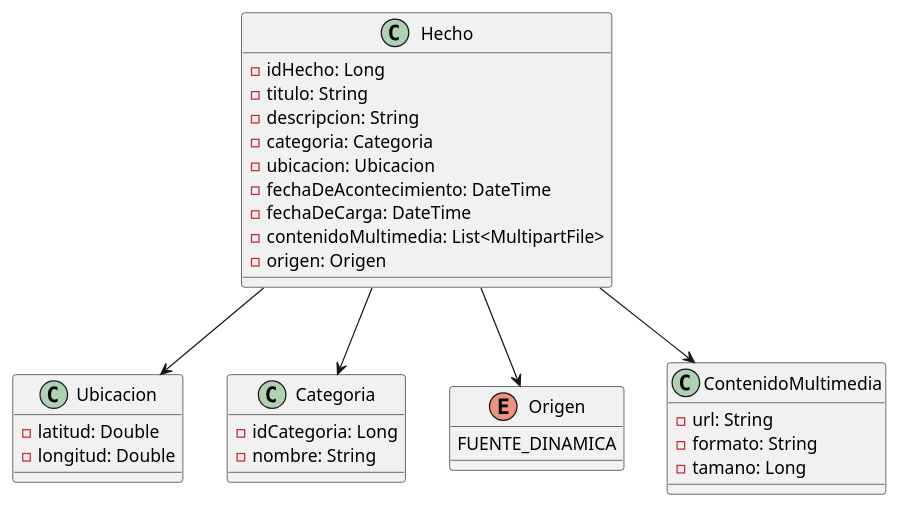
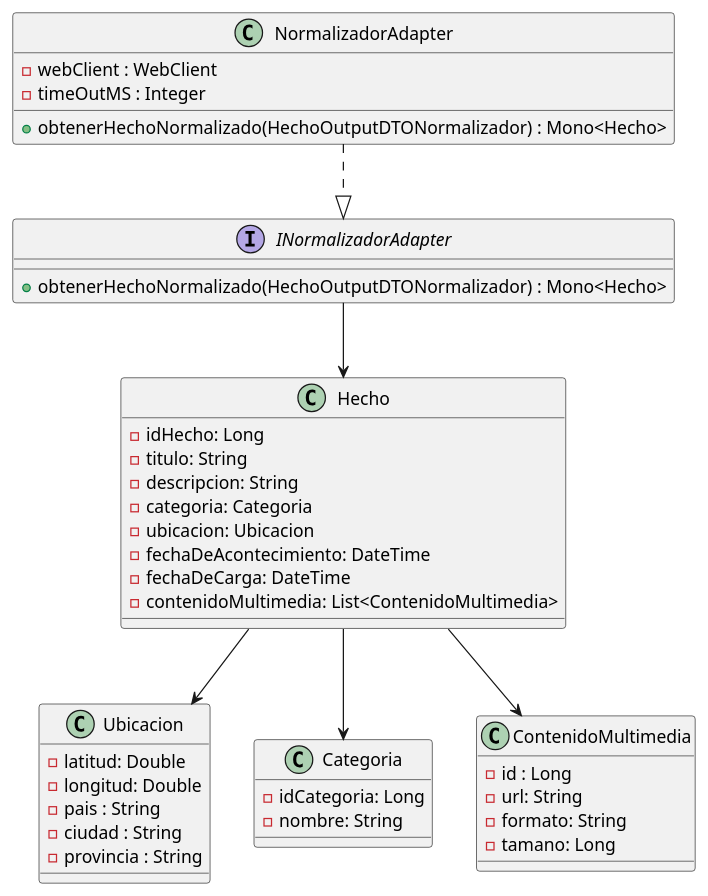
One commit to vrramiro/tpa-DDSI-2025 changed the diagram in diagrams/DiagramaClasesFuenteDinamica.puml. Above: the diagram before and after it, drawn with PlantUML. The commit also changed 2 other files, not shown here.

Commit message:
diagramas clases actualizados

```diff
--- a/diagrams/DiagramaClasesFuenteDinamica.puml
+++ b/diagrams/DiagramaClasesFuenteDinamica.puml
@@ -1,40 +1,52 @@
 @startuml
 '================== HECHOS ==================
 class Hecho {
     - idHecho: Long
     - titulo: String
     - descripcion: String
     - categoria: Categoria
     - ubicacion: Ubicacion
     - fechaDeAcontecimiento: DateTime
     - fechaDeCarga: DateTime
-    - contenidoMultimedia: List<MultipartFile>
-    - origen: Origen
+    - contenidoMultimedia: List<ContenidoMultimedia>
 }
 
 class Ubicacion {
     - latitud: Double
     - longitud: Double
+    - pais : String
+    - ciudad : String
+    - provincia : String
 }
 
 class Categoria {
     - idCategoria: Long
     - nombre: String
 }
 
-enum Origen {
-    FUENTE_DINAMICA
+
+class ContenidoMultimedia {
+    - id : Long
+    -url: String
+    -formato: String
+    - tamano: Long
 }
 
-class ContenidoMultimedia {
-     -url: String
-     -formato: String
-     - tamano: Long
+interface INormalizadorAdapter{
+    + obtenerHechoNormalizado(HechoOutputDTONormalizador) : Mono<Hecho>
 }
+
+class NormalizadorAdapter {
+    - webClient : WebClient
+    - timeOutMS : Integer
+    + obtenerHechoNormalizado(HechoOutputDTONormalizador) : Mono<Hecho>
+}
+
 '================== RELACIONES ==================
 Hecho --> Ubicacion
 Hecho --> Categoria
-Hecho --> Origen
 Hecho --> ContenidoMultimedia
+NormalizadorAdapter ..|> INormalizadorAdapter
+INormalizadorAdapter --> Hecho
 
 @enduml
```
